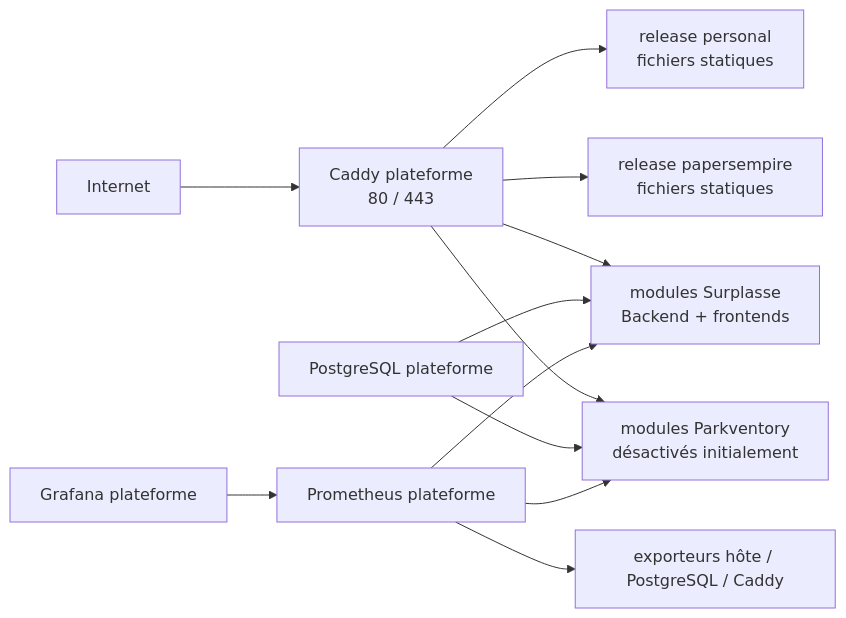
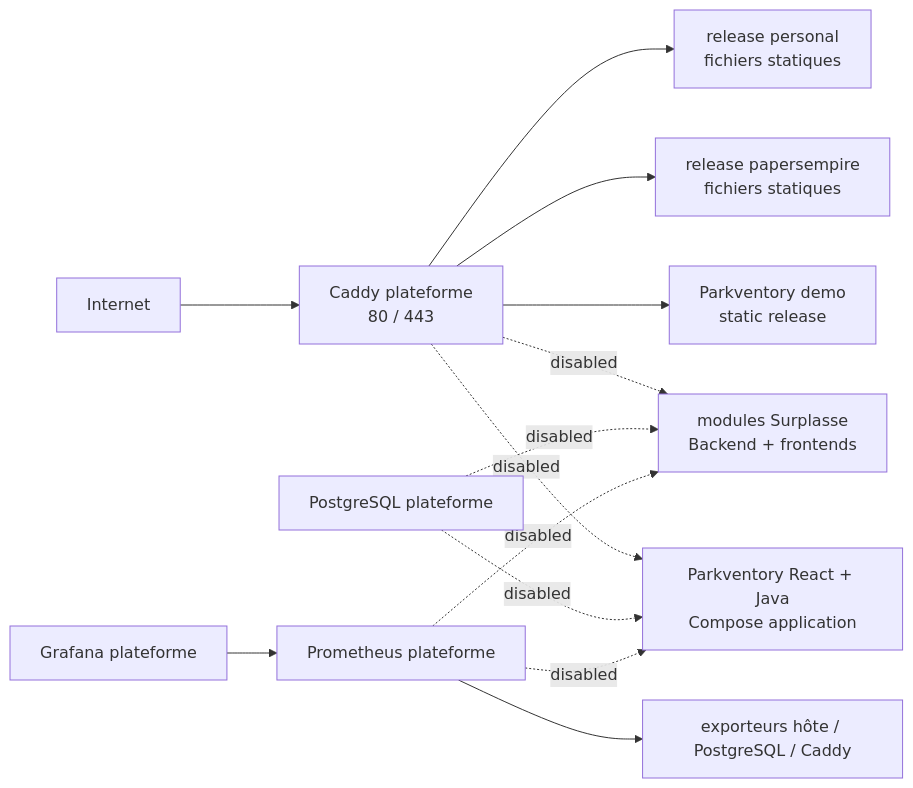
Before and after one commit to nclsppr/vps-infra: the diagram in docs/architecture.md, drawn with Mermaid. The commit also changed other lines of this file and 22 other files, not shown here.

````diff
--- a/docs/architecture.md
+++ b/docs/architecture.md
@@ -56,17 +52,18 @@
 ```mermaid
 flowchart LR
     Internet --> Caddy["Caddy plateforme<br/>80 / 443"]
 
     Caddy --> Personal["release personal<br/>fichiers statiques"]
     Caddy --> Papers["release papersempire<br/>fichiers statiques"]
-    Caddy --> Surplasse["modules Surplasse<br/>Backend + frontends"]
-    Caddy --> Parkventory["modules Parkventory<br/>désactivés initialement"]
+    Caddy --> ParkStatic["Parkventory demo<br/>static release"]
+    Caddy -. disabled .-> Surplasse["modules Surplasse<br/>Backend + frontends"]
+    Caddy -. disabled .-> Parkventory["Parkventory React + Java<br/>Compose application"]
 
-    PostgreSQL["PostgreSQL plateforme"] --> Surplasse
-    PostgreSQL --> Parkventory
+    PostgreSQL["PostgreSQL plateforme"] -. disabled .-> Surplasse
+    PostgreSQL -. disabled .-> Parkventory
 
-    Prometheus["Prometheus plateforme"] --> Surplasse
-    Prometheus --> Parkventory
+    Prometheus["Prometheus plateforme"] -. disabled .-> Surplasse
+    Prometheus -. disabled .-> Parkventory
     Prometheus --> Exporters["exporteurs hôte / PostgreSQL / Caddy"]
     Grafana["Grafana plateforme"] --> Prometheus
 ```
````
